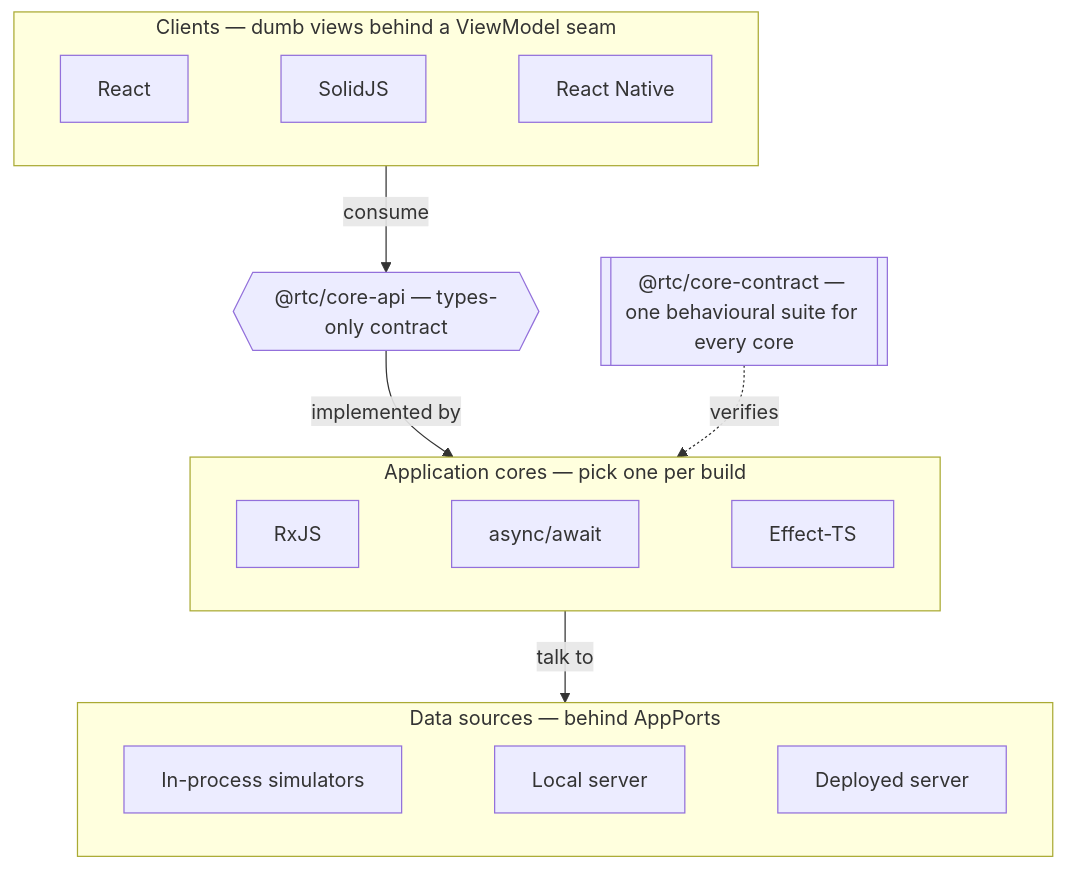
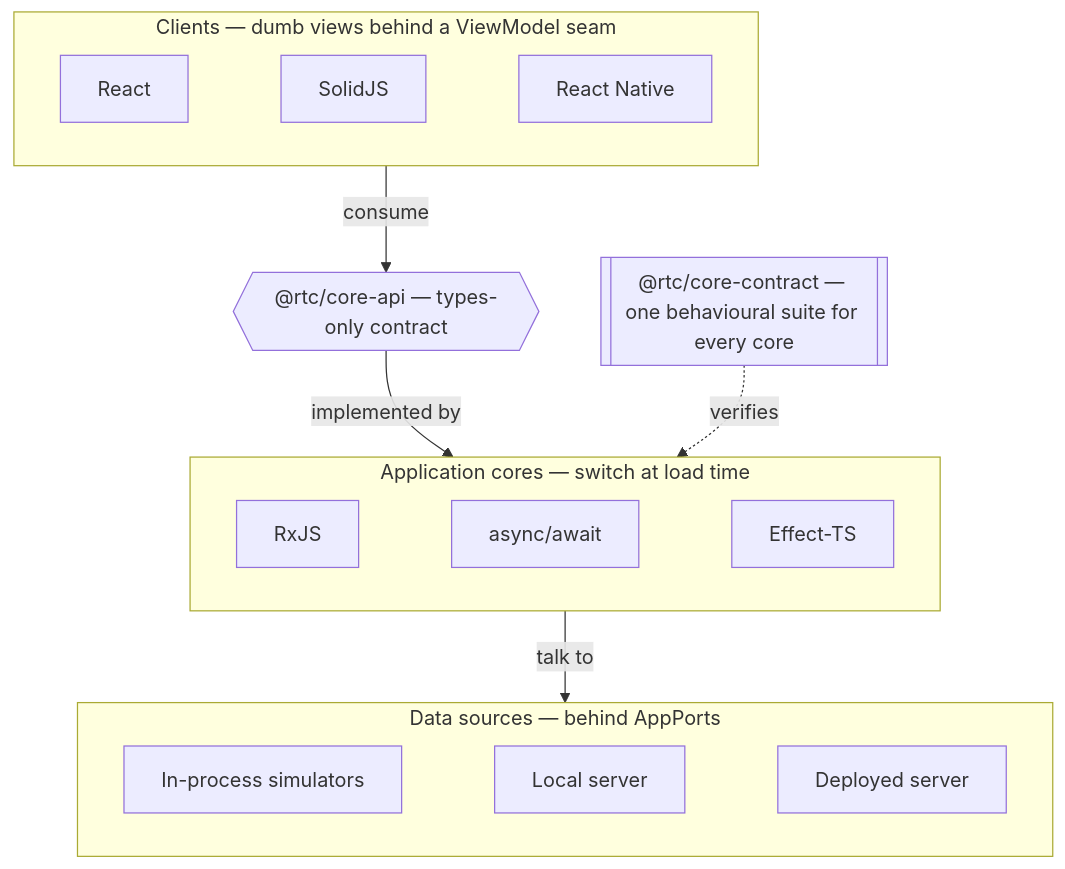
Before and after one commit to bettersoftware-io/ReactiveTraderCloudClone: the second of 2 diagrams in README.md, drawn with Mermaid. The commit also changed other lines of this file and 1 other file, not shown here.

First line of the commit message:
docs: carry the load-time core switch into the refreshed README and development guide

````diff
--- a/README.md
+++ b/README.md
@@ -179,21 +179,21 @@
 ```mermaid
 flowchart TB
   subgraph clients["Clients — dumb views behind a ViewModel seam"]
     direction LR
     react["React"] ~~~ solid["SolidJS"] ~~~ rn["React Native"]
   end
   contract{{"@rtc/core-api — types-only contract"}}
-  subgraph cores["Application cores — pick one per build"]
+  subgraph cores["Application cores — switch at load time"]
     direction LR
     rx["RxJS"] ~~~ asyncCore["async/await"] ~~~ effectCore["Effect-TS"]
   end
   suite[["@rtc/core-contract — one behavioural suite for every core"]]
   subgraph sources["Data sources — behind AppPorts"]
     direction LR
     sim["In-process simulators"] ~~~ local["Local server"] ~~~ remote["Deployed server"]
   end
   clients -- "consume" --> contract
   contract -- "implemented by" --> cores
   suite -. "verifies" .-> cores
   cores -- "talk to" --> sources
 ```
````
